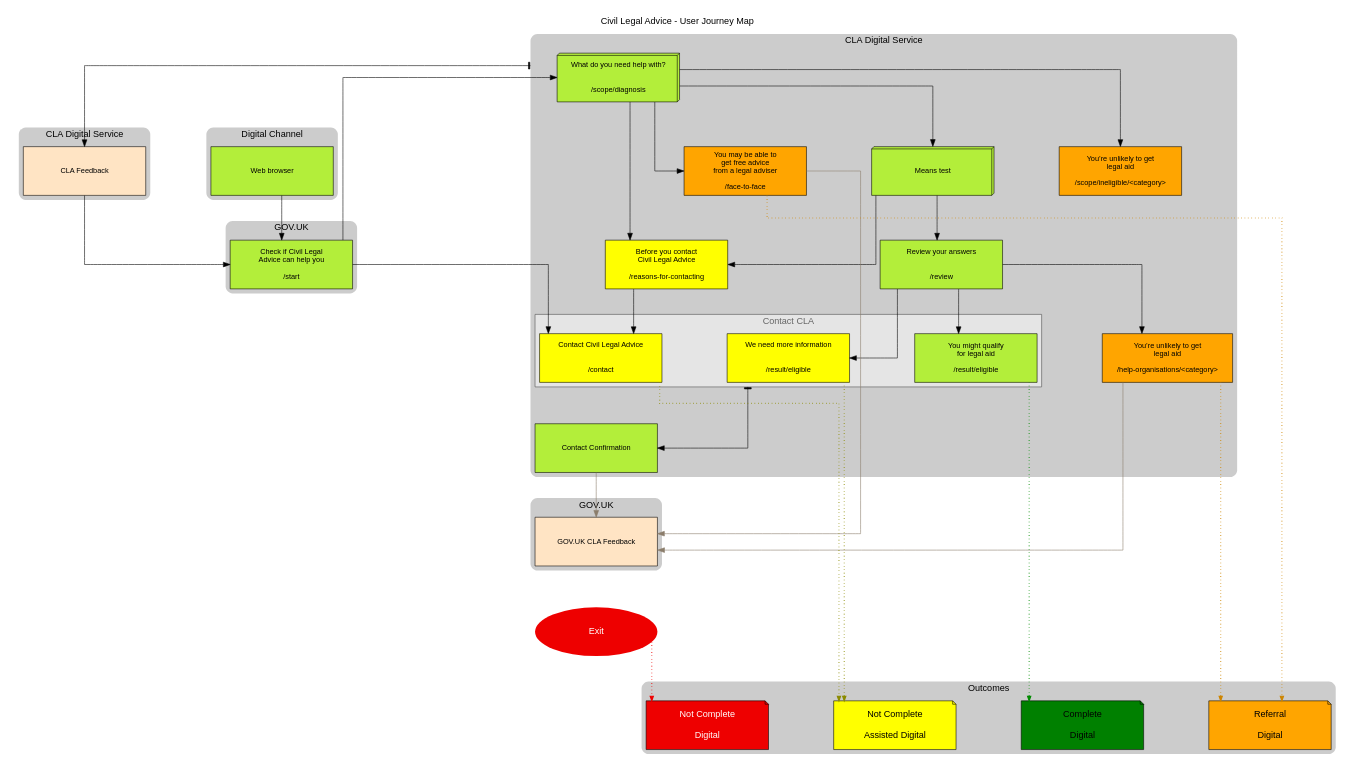
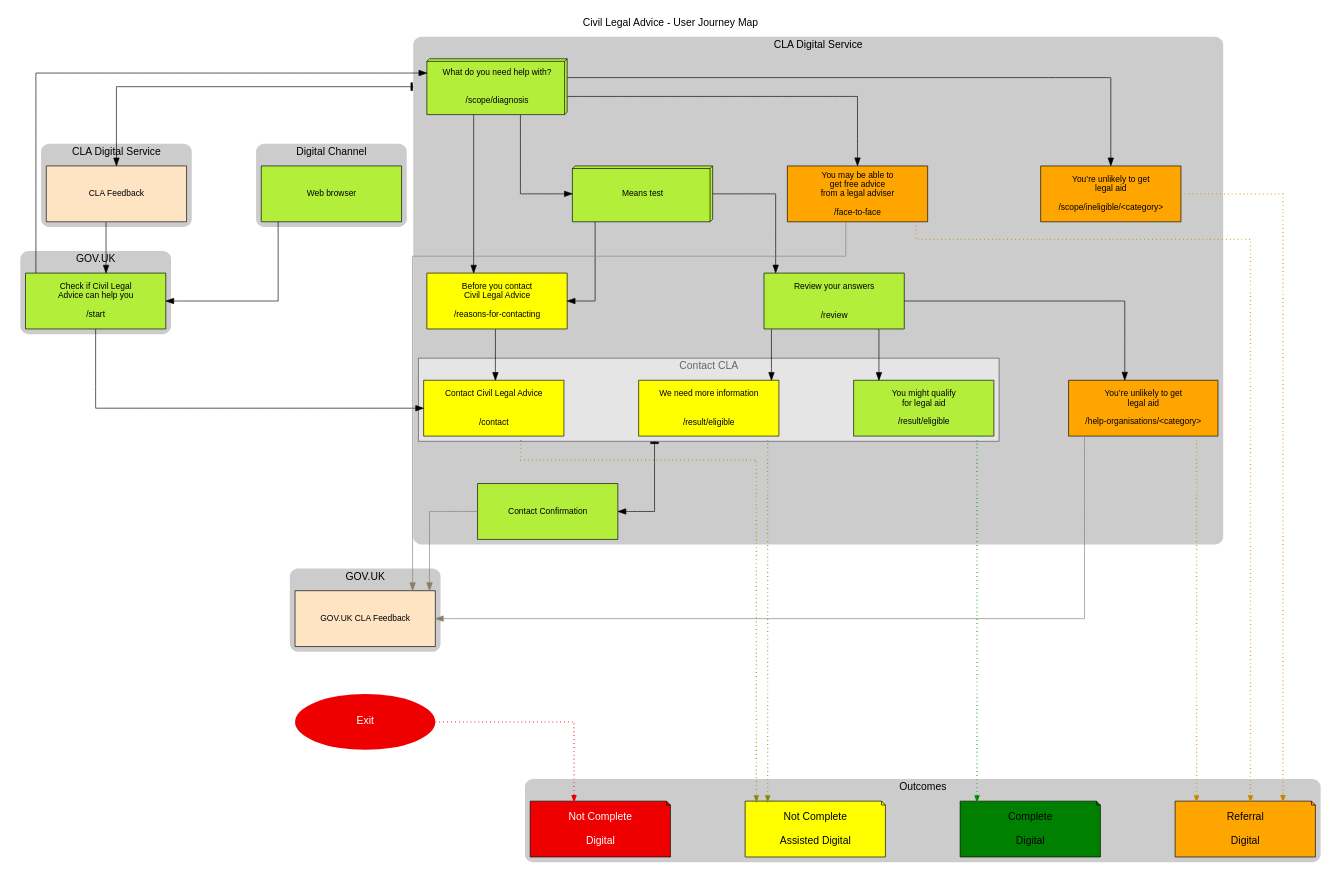
Before and after one commit to ministryofjustice/cla_public: the diagram in cla-user-journey.gv, drawn with Graphviz.

Commit message:
UX: Add missing connection in CLA User graph

```diff
--- a/cla-user-journey.gv
+++ b/cla-user-journey.gv
@@ -1,148 +1,149 @@
 digraph CLA_User_Journey {
 	compound 	= true
 	labelloc 	= "t"
 	ordering 	= "out"
 	splines 	= "ortho"
 	nodesep		= 1.6
 	ranksep 	= .5
 
 	label 		= "Civil Legal Advice - User Journey Map"
 	fontsize	= 16
 	size 		= "11x8"
 
 	graph  [ style="rounded, filled" fillcolor=grey80 fontname=Helvetica penwidth=0 ]
 	node   [ shape=box style=filled fillcolor=olivedrab2 fontname=Helvetica fontsize=13 height=1.2 width=3 ]
 	edge   [ minlen=2 arrowsize=1.2 ]
 
 	subgraph cluster_digital_channel {
 		label="Digital Channel"
 
 		Browser [ label = "Web browser" ]
 	}
 
 	subgraph cluster_govuk_start {
 		label = "GOV.UK"
 
 		CLA_Start [ label="Check if Civil Legal\nAdvice can help you\n\n/start" ]
 	}
 
 	subgraph cluster_govuk_end {
 		label = "GOV.UK"
 
 		GOVUK_CLA_Feedback [ label="GOV.UK CLA Feedback" fillcolor=bisque ]
 	}
 
 	subgraph cluster_cla_digital_service {
 		label="CLA Digital Service"
 
         CLA_Scope_Diagnosis [ shape=box3d label="What do you need help with?\n\n\n/scope/diagnosis" ]
 		CLA_Means_Test [ shape=box3d label="Means test" ]
 
 		CLA_Review_Answers [ label="Review your answers\n\n\n/review" ]
 
         CLA_Scope_Ineligible [ label="You’re unlikely to get\nlegal aid\n\n/scope/ineligible/<category>" fillcolor=orange ]
 		CLA_Result_Ineligible [ label="You’re unlikely to get\nlegal aid\n\n/help-organisations/<category>" fillcolor=orange ]
 		CLA_Result_Face_To_Face [ label="You may be able to\nget free advice\nfrom a legal adviser\n\n/face-to-face" fillcolor=orange ]
 
 		subgraph cluster_contact {
 			label = "Contact CLA"
 			style=filled
 			penwidth=1
 			color=grey30
 			fontcolor=grey40
 			fillcolor=grey90
 
 			CLA_Result_Eligible [ label="You might qualify\nfor legal aid\n\n/result/eligible" ]
 			CLA_Result_Eligible_More_Info [ label="We need more information\n\n\n/result/eligible" fillcolor=yellow ]
 			CLA_Contact [ label="Contact Civil Legal Advice\n\n\n/contact" fillcolor=yellow ]
 		}
 
         CLA_Reasons_For_Contacting [ label="Before you contact\nCivil Legal Advice\n\n/reasons-for-contacting" fillcolor=yellow ]
 
 		CLA_Contact_Confirmation [ label="Contact Confirmation" ]
 	}
 
 	subgraph cluster_outcomes {
 		label = "Outcomes"
 
 		Not_Complete_Digital [ shape=note fontcolor=white fontsize=16 label="Not Complete\n\nDigital" fillcolor=red2 ]
 		Not_Complete_Assisted_Digital [ shape=note fontsize=16 label="Not Complete\n\nAssisted Digital" fillcolor=yellow ]
 		Complete_Digital [ shape=note fontsize=16 label="Complete\n\nDigital" fillcolor=green ]
 		Referral_Digital [ shape=note fontsize=16 label="Referral\n\nDigital" fillcolor=orange ]
 	}
 
     subgraph cluster_cla_digital_service_feedback {
         label = "CLA Digital Service"
 
         CLA_Feedback [ label="CLA Feedback" fillcolor=bisque ]
     }
 
     Exit [ shape=oval fontcolor=white fontsize=16 label="Exit" fillcolor=red2 penwidth=0 ]
 
 
 	// Connections
 	// -----------
 
 	// Digital journey start
 	Browser -> CLA_Start
 
 	// GOV.UK journey
 	CLA_Start -> CLA_Scope_Diagnosis
 	CLA_Start -> CLA_Contact
 
 	// CLA in scope
 	CLA_Scope_Diagnosis -> CLA_Means_Test -> CLA_Review_Answers
 
 	// Outcomes
 	CLA_Review_Answers -> {
 		CLA_Result_Eligible
 		CLA_Result_Eligible_More_Info
 		CLA_Result_Ineligible
 	}
 
     CLA_Scope_Diagnosis -> CLA_Scope_Ineligible
 
 	// User journey problem (skip to contact)
 	{ CLA_Scope_Diagnosis, CLA_Means_Test } -> CLA_Reasons_For_Contacting
     CLA_Reasons_For_Contacting -> CLA_Contact
 
 	// Confirmations
 //	CLA_Result_Eligible -> CLA_Contact_Confirmation
 //	CLA_Result_Eligible_More_Info -> CLA_Contact_Confirmation
 	CLA_Result_Eligible_More_Info -> CLA_Contact_Confirmation [ ltail=cluster_contact arrowtail=tee dir=both ]
 
 	// Out of scope
     CLA_Scope_Diagnosis -> CLA_Result_Face_To_Face
 
 	// CLA Feedback
     CLA_Scope_Diagnosis -> CLA_Feedback [
         arrowtail=tee
         dir=both
         ltail=cluster_cla_digital_service
     ]
     CLA_Feedback -> CLA_Start
 
 	// GOV.UK CLA Feedback
 	{
 		CLA_Result_Face_To_Face
 		CLA_Contact_Confirmation
         CLA_Result_Ineligible
 	} -> GOVUK_CLA_Feedback [ color=bisque4 ]
 
 	// Not Complete - user 'bails'
 	//CLA_Start -> Exit [ style=invis ]
 	CLA_Scope_Diagnosis -> Exit [ style=invis ]
 	GOVUK_CLA_Feedback -> Exit [ style=invis ]
 
 	// Outcome categories
 	Exit -> Not_Complete_Digital [ color=red2 style="dotted,bold" arrowsize=.8 ]
 	CLA_Result_Eligible -> Complete_Digital [ color=green4 style="dotted,bold" arrowsize=.8 ]
 	{
 		CLA_Result_Eligible_More_Info
 		CLA_Contact
 	} -> Not_Complete_Assisted_Digital [ color=yellow4 style="dotted,bold" arrowsize=.8 ]
 	{
 		CLA_Result_Ineligible
+        CLA_Scope_Ineligible
 		CLA_Result_Face_To_Face
 	} -> Referral_Digital [ color=orange3 style="dotted,bold" arrowsize=.8 ]
 }
```
